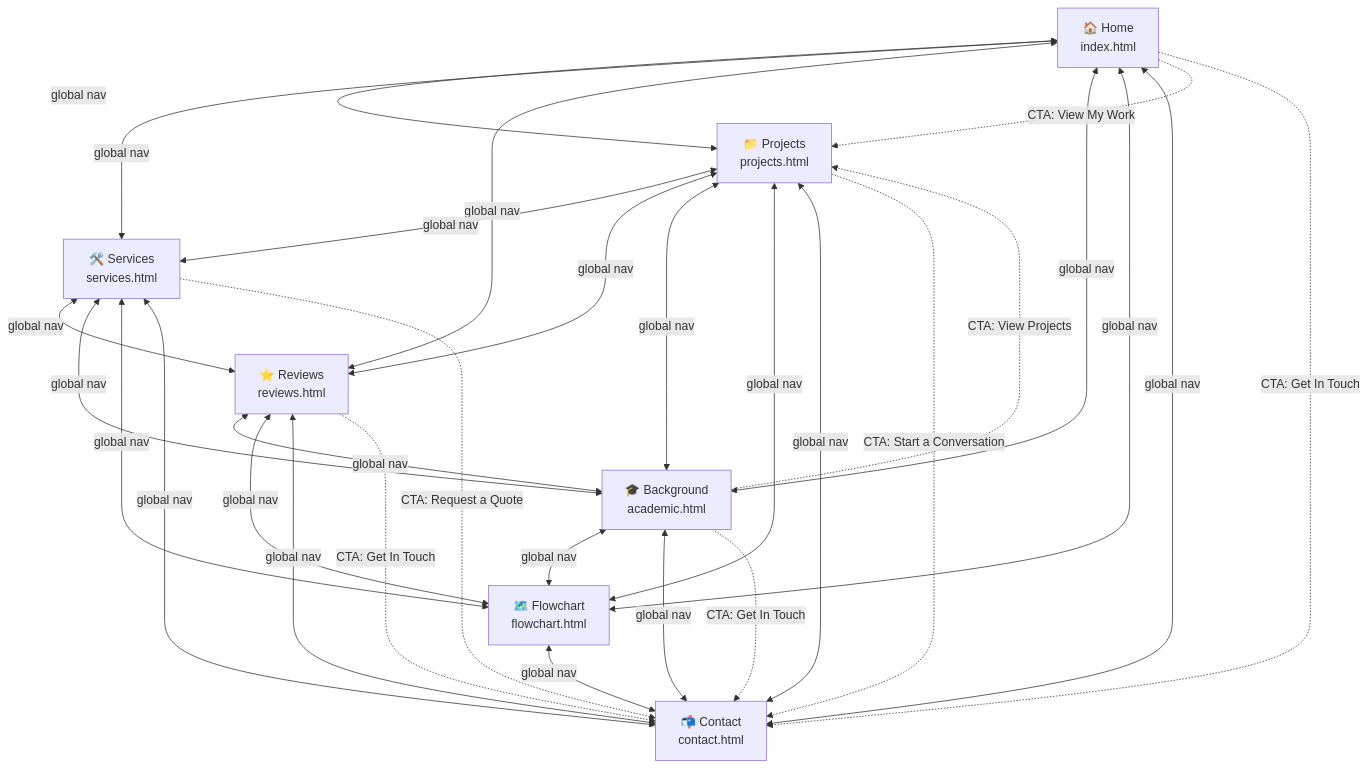
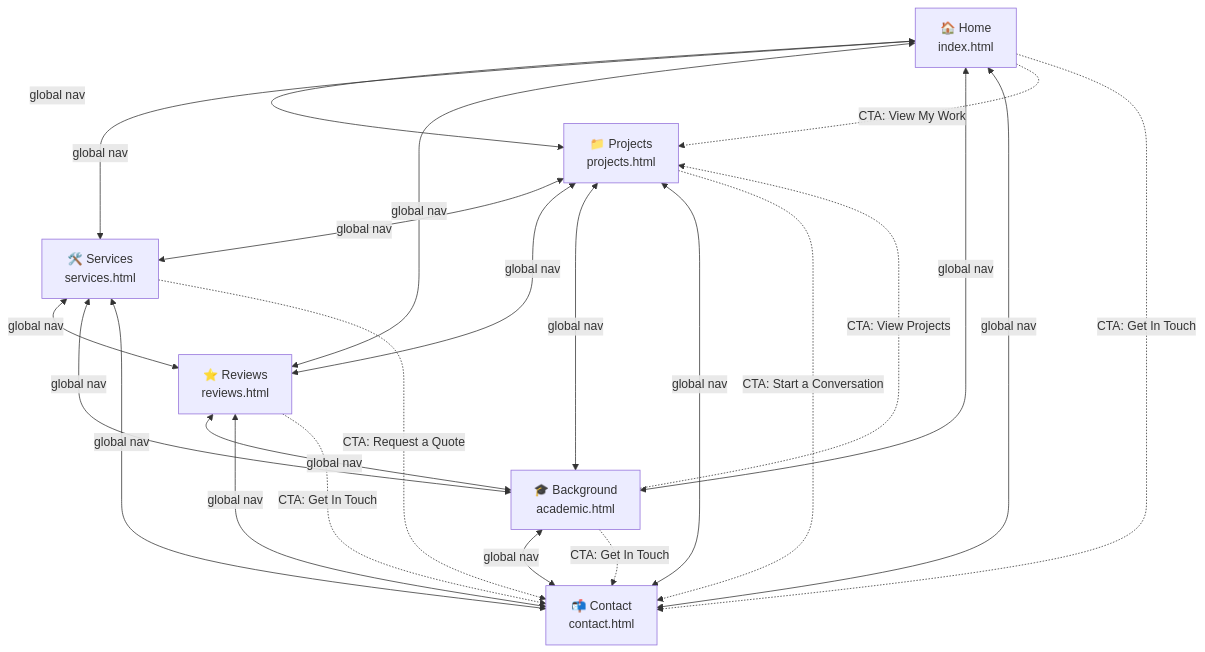
Before and after one commit to MohamedMostafa259/web-portofolio-technical-writing-course: the diagram in README.md, drawn with Mermaid. The commit also changed other lines of this file and 7 other files, not shown here.

Commit message:
Remove flowchart page and all links from web interface

````diff
--- a/README.md
+++ b/README.md
@@ -11,42 +11,35 @@
 ```mermaid
 flowchart TD
     HOME["🏠 Home\nindex.html"]
     PROJ["📁 Projects\nprojects.html"]
     SVC["🛠️ Services\nservices.html"]
     REV["⭐ Reviews\nreviews.html"]
     BG["🎓 Background\nacademic.html"]
-    FC["🗺️ Flowchart\nflowchart.html"]
     CON["📬 Contact\ncontact.html"]
 
     %% Global navigation bar — present on every page
     HOME <-->|global nav| PROJ
     HOME <-->|global nav| SVC
     HOME <-->|global nav| REV
     HOME <-->|global nav| BG
-    HOME <-->|global nav| FC
     HOME <-->|global nav| CON
     PROJ <-->|global nav| SVC
     PROJ <-->|global nav| REV
     PROJ <-->|global nav| BG
-    PROJ <-->|global nav| FC
     PROJ <-->|global nav| CON
     SVC  <-->|global nav| REV
     SVC  <-->|global nav| BG
-    SVC  <-->|global nav| FC
     SVC  <-->|global nav| CON
     REV  <-->|global nav| BG
-    REV  <-->|global nav| FC
     REV  <-->|global nav| CON
-    BG   <-->|global nav| FC
     BG   <-->|global nav| CON
-    FC   <-->|global nav| CON
 
     %% Inline call-to-action links
     HOME  -.->|"CTA: View My Work"| PROJ
     HOME  -.->|"CTA: Get In Touch"| CON
     SVC   -.->|"CTA: Request a Quote"| CON
     REV   -.->|"CTA: Get In Touch"| CON
     BG    -.->|"CTA: View Projects"| PROJ
     BG    -.->|"CTA: Get In Touch"| CON
     PROJ  -.->|"CTA: Start a Conversation"| CON
 ```
````
